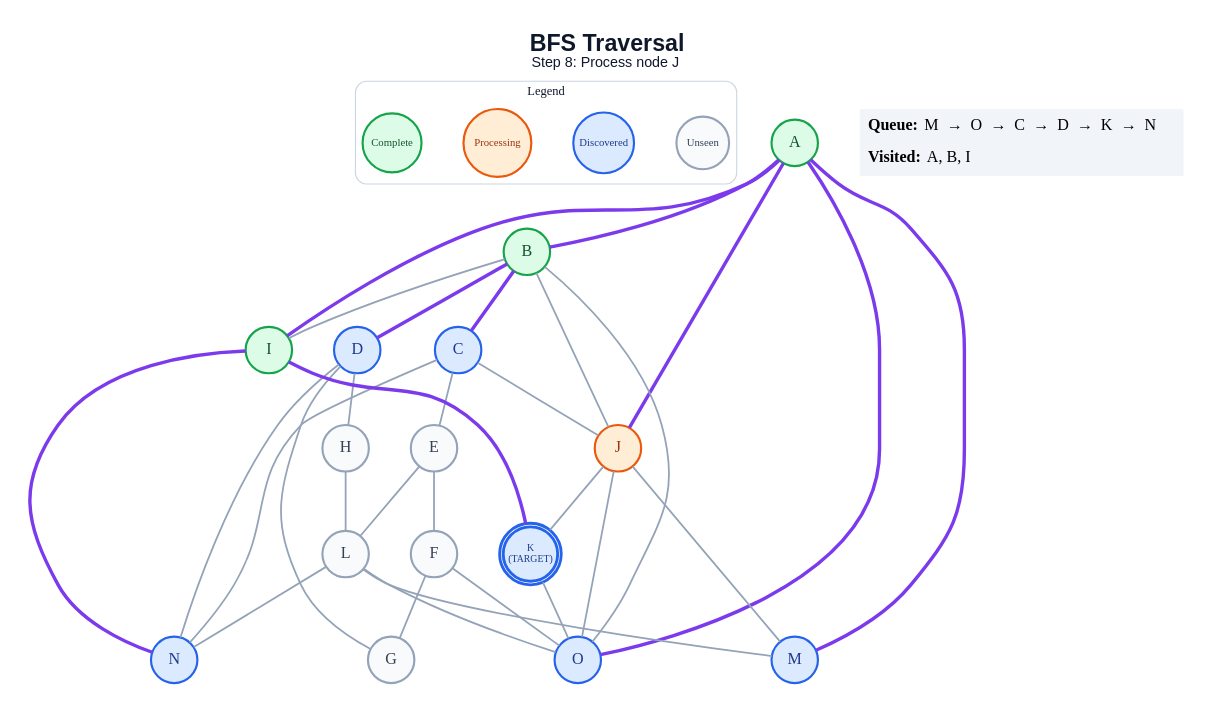
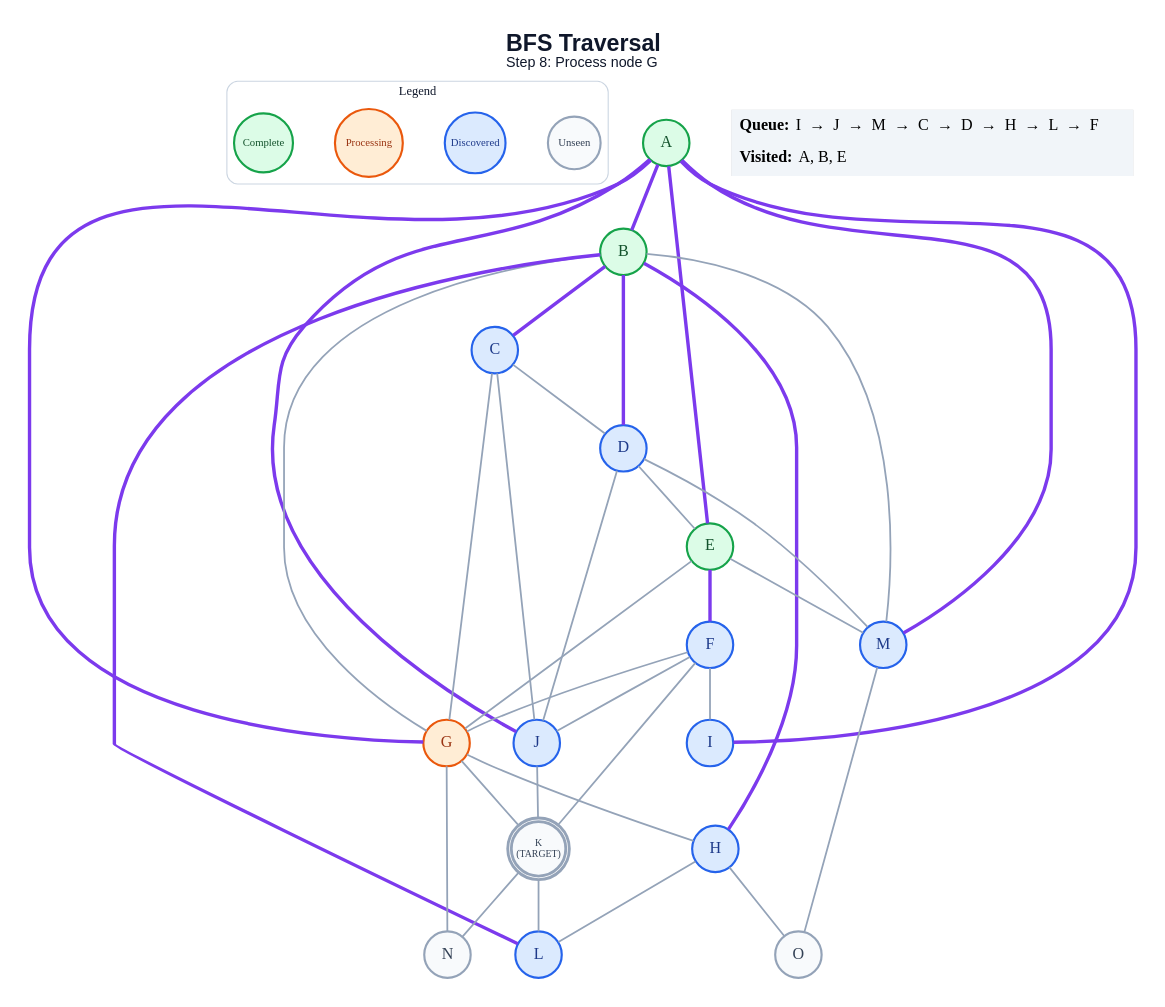
One commit to anon7238593-create/ai-slop changed the diagram in generated/specific-node/bfs/step_08.dot. Above: the diagram before and after it, drawn with Graphviz. The commit also changed 300 other files, not shown here.

```diff
--- a/generated/specific-node/bfs/step_08.dot
+++ b/generated/specific-node/bfs/step_08.dot
@@ -1,64 +1,68 @@
 graph traversal {
   graph [layout=dot, rankdir=TB, bgcolor="#FFFFFF", pad="0.35", nodesep="0.65", ranksep="0.8", fontname="Arial"];
   node [shape=circle, style="filled", fontname="Arial Bold", fontsize=18, width=0.72, fixedsize=true, penwidth=2.4];
   edge [color="#94A3B8", penwidth=2.0];
-  label=<<B>BFS Traversal</B><BR/><FONT POINT-SIZE="16">Step 8: Process node J</FONT>>; labelloc="t"; fontsize=26; fontname="Arial"; fontcolor="#0F172A";
+  label=<<B>BFS Traversal</B><BR/><FONT POINT-SIZE="16">Step 8: Process node G</FONT>>; labelloc="t"; fontsize=26; fontname="Arial"; fontcolor="#0F172A";
   subgraph cluster_legend { label="Legend"; color="#CBD5E1"; penwidth=1.2; style="rounded"; fontsize=14; fontname="Arial Bold";
     key_unseen [label="Unseen", fillcolor="#F8FAFC", color="#94A3B8", fontcolor="#334155", fontsize=12, width=0.82];
     key_frontier [label="Discovered", fillcolor="#DBEAFE", color="#2563EB", fontcolor="#1E3A8A", fontsize=12, width=0.95];
     key_current [label="Processing", fillcolor="#FFEDD5", color="#EA580C", fontcolor="#9A3412", fontsize=12, width=1.05];
     key_done [label="Complete", fillcolor="#DCFCE7", color="#16A34A", fontcolor="#14532D", fontsize=12, width=0.92];
     { rank=same; key_unseen; key_frontier; key_current; key_done; }
   }
   A [label="A", fillcolor="#DCFCE7", color="#16A34A", fontcolor="#14532D", peripheries=1, penwidth=2.4];
   B [label="B", fillcolor="#DCFCE7", color="#16A34A", fontcolor="#14532D", peripheries=1, penwidth=2.4];
   C [label="C", fillcolor="#DBEAFE", color="#2563EB", fontcolor="#1E3A8A", peripheries=1, penwidth=2.4];
   D [label="D", fillcolor="#DBEAFE", color="#2563EB", fontcolor="#1E3A8A", peripheries=1, penwidth=2.4];
-  E [label="E", fillcolor="#F8FAFC", color="#94A3B8", fontcolor="#334155", peripheries=1, penwidth=2.4];
-  F [label="F", fillcolor="#F8FAFC", color="#94A3B8", fontcolor="#334155", peripheries=1, penwidth=2.4];
-  G [label="G", fillcolor="#F8FAFC", color="#94A3B8", fontcolor="#334155", peripheries=1, penwidth=2.4];
-  H [label="H", fillcolor="#F8FAFC", color="#94A3B8", fontcolor="#334155", peripheries=1, penwidth=2.4];
-  I [label="I", fillcolor="#DCFCE7", color="#16A34A", fontcolor="#14532D", peripheries=1, penwidth=2.4];
-  J [label="J", fillcolor="#FFEDD5", color="#EA580C", fontcolor="#9A3412", peripheries=1, penwidth=2.4];
-  K [label="K\n(TARGET)", fillcolor="#DBEAFE", color="#2563EB", fontcolor="#1E3A8A", peripheries=2, penwidth=3.2, fontsize=11, width=0.85, height=0.85];
-  L [label="L", fillcolor="#F8FAFC", color="#94A3B8", fontcolor="#334155", peripheries=1, penwidth=2.4];
+  E [label="E", fillcolor="#DCFCE7", color="#16A34A", fontcolor="#14532D", peripheries=1, penwidth=2.4];
+  F [label="F", fillcolor="#DBEAFE", color="#2563EB", fontcolor="#1E3A8A", peripheries=1, penwidth=2.4];
+  G [label="G", fillcolor="#FFEDD5", color="#EA580C", fontcolor="#9A3412", peripheries=1, penwidth=2.4];
+  H [label="H", fillcolor="#DBEAFE", color="#2563EB", fontcolor="#1E3A8A", peripheries=1, penwidth=2.4];
+  I [label="I", fillcolor="#DBEAFE", color="#2563EB", fontcolor="#1E3A8A", peripheries=1, penwidth=2.4];
+  J [label="J", fillcolor="#DBEAFE", color="#2563EB", fontcolor="#1E3A8A", peripheries=1, penwidth=2.4];
+  K [label="K\n(TARGET)", fillcolor="#F8FAFC", color="#94A3B8", fontcolor="#334155", peripheries=2, penwidth=3.2, fontsize=11, width=0.85, height=0.85];
+  L [label="L", fillcolor="#DBEAFE", color="#2563EB", fontcolor="#1E3A8A", peripheries=1, penwidth=2.4];
   M [label="M", fillcolor="#DBEAFE", color="#2563EB", fontcolor="#1E3A8A", peripheries=1, penwidth=2.4];
-  N [label="N", fillcolor="#DBEAFE", color="#2563EB", fontcolor="#1E3A8A", peripheries=1, penwidth=2.4];
-  O [label="O", fillcolor="#DBEAFE", color="#2563EB", fontcolor="#1E3A8A", peripheries=1, penwidth=2.4];
+  N [label="N", fillcolor="#F8FAFC", color="#94A3B8", fontcolor="#334155", peripheries=1, penwidth=2.4];
+  O [label="O", fillcolor="#F8FAFC", color="#94A3B8", fontcolor="#334155", peripheries=1, penwidth=2.4];
   A -- B [color="#7C3AED", penwidth=3.8];
+  A -- E [color="#7C3AED", penwidth=3.8];
+  A -- G [color="#7C3AED", penwidth=3.8];
   A -- I [color="#7C3AED", penwidth=3.8];
   A -- J [color="#7C3AED", penwidth=3.8];
   A -- M [color="#7C3AED", penwidth=3.8];
-  A -- O [color="#7C3AED", penwidth=3.8];
   B -- C [color="#7C3AED", penwidth=3.8];
   B -- D [color="#7C3AED", penwidth=3.8];
-  B -- I;
-  B -- J;
-  B -- O;
-  C -- E;
+  B -- G;
+  B -- H [color="#7C3AED", penwidth=3.8];
+  B -- L [color="#7C3AED", penwidth=3.8];
+  B -- M;
+  C -- D;
+  C -- G;
   C -- J;
-  C -- N;
-  D -- G;
-  D -- H;
-  D -- N;
-  E -- F;
-  E -- L;
+  D -- E;
+  D -- J;
+  D -- M;
+  E -- F [color="#7C3AED", penwidth=3.8];
+  E -- G;
+  E -- M;
   F -- G;
-  F -- O;
+  F -- I;
+  F -- J;
+  F -- K;
+  G -- H;
+  G -- K;
+  G -- N;
   H -- L;
-  I -- K [color="#7C3AED", penwidth=3.8];
-  I -- N [color="#7C3AED", penwidth=3.8];
+  H -- O;
   J -- K;
-  J -- M;
-  J -- O;
-  K -- O;
-  L -- M;
-  L -- N;
-  L -- O;
+  K -- L;
+  K -- N;
+  M -- O;
   status [shape=plain, fixedsize=false, width=0, height=0, margin=0, label=<
     <TABLE BORDER="0" CELLBORDER="0" CELLPADDING="7" BGCOLOR="#F1F5F9">
-      <TR><TD ALIGN="LEFT"><B>Queue:</B> M  →  O  →  C  →  D  →  K  →  N</TD></TR>
-      <TR><TD ALIGN="LEFT"><B>Visited:</B> A, B, I</TD></TR>
+      <TR><TD ALIGN="LEFT"><B>Queue:</B> I  →  J  →  M  →  C  →  D  →  H  →  L  →  F</TD></TR>
+      <TR><TD ALIGN="LEFT"><B>Visited:</B> A, B, E</TD></TR>
     </TABLE>
   >];
 }
```
